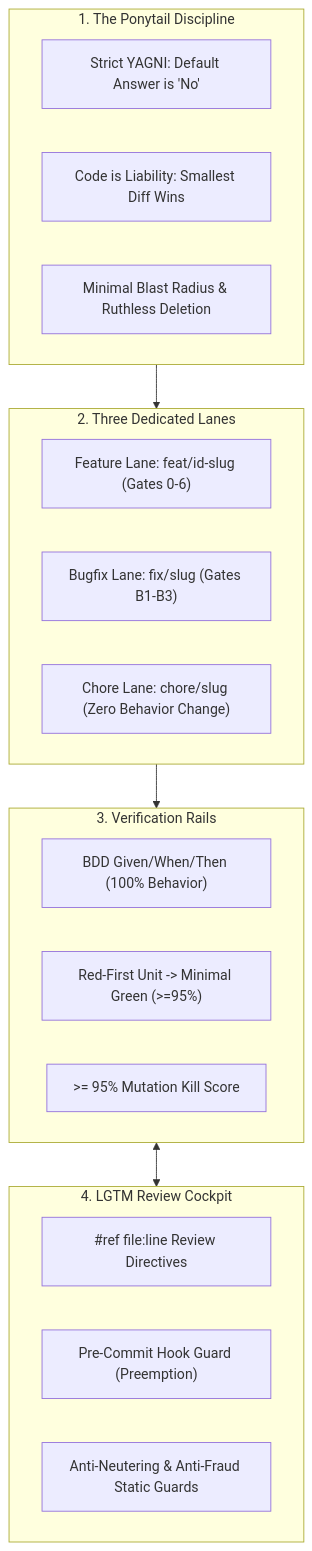
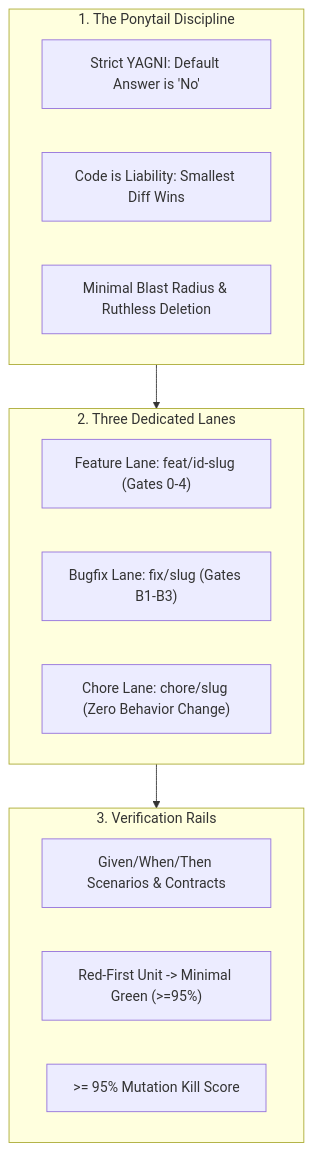
Before and after one commit to mgabs/spec-rails: the first of 4 diagrams in docs/WAY_OF_WORKING.md, drawn with Mermaid. The commit also changed other lines of this file and 12 other files, not shown here.

````diff
--- a/docs/WAY_OF_WORKING.md
+++ b/docs/WAY_OF_WORKING.md
@@ -18,30 +18,23 @@
 ```mermaid
 flowchart TD
     subgraph Mindset [1. The Ponytail Discipline]
         YAGNI["Strict YAGNI: Default Answer is 'No'"]
         Liability["Code is Liability: Smallest Diff Wins"]
         Blast["Minimal Blast Radius & Ruthless Deletion"]
     end
 
     subgraph Lanes [2. Three Dedicated Lanes]
-        Feat["Feature Lane: feat/id-slug (Gates 0-6)"]
+        Feat["Feature Lane: feat/id-slug (Gates 0-4)"]
         Fix["Bugfix Lane: fix/slug (Gates B1-B3)"]
         Chore["Chore Lane: chore/slug (Zero Behavior Change)"]
     end
 
     subgraph Rails [3. Verification Rails]
-        BDD["BDD Given/When/Then (100% Behavior)"]
+        Specs["Given/When/Then Scenarios & Contracts"]
         RedGreen["Red-First Unit -> Minimal Green (>=95%)"]
         Mutation[">= 95% Mutation Kill Score"]
     end
 
-    subgraph Cockpit [4. LGTM Review Cockpit]
-        Directives["#ref file:line Review Directives"]
-        Preempt["Pre-Commit Hook Guard (Preemption)"]
-        AntiFraud["Anti-Neutering & Anti-Fraud Static Guards"]
-    end
-
     Mindset --> Lanes
     Lanes --> Rails
-    Rails <--> Cockpit
 ```
````
